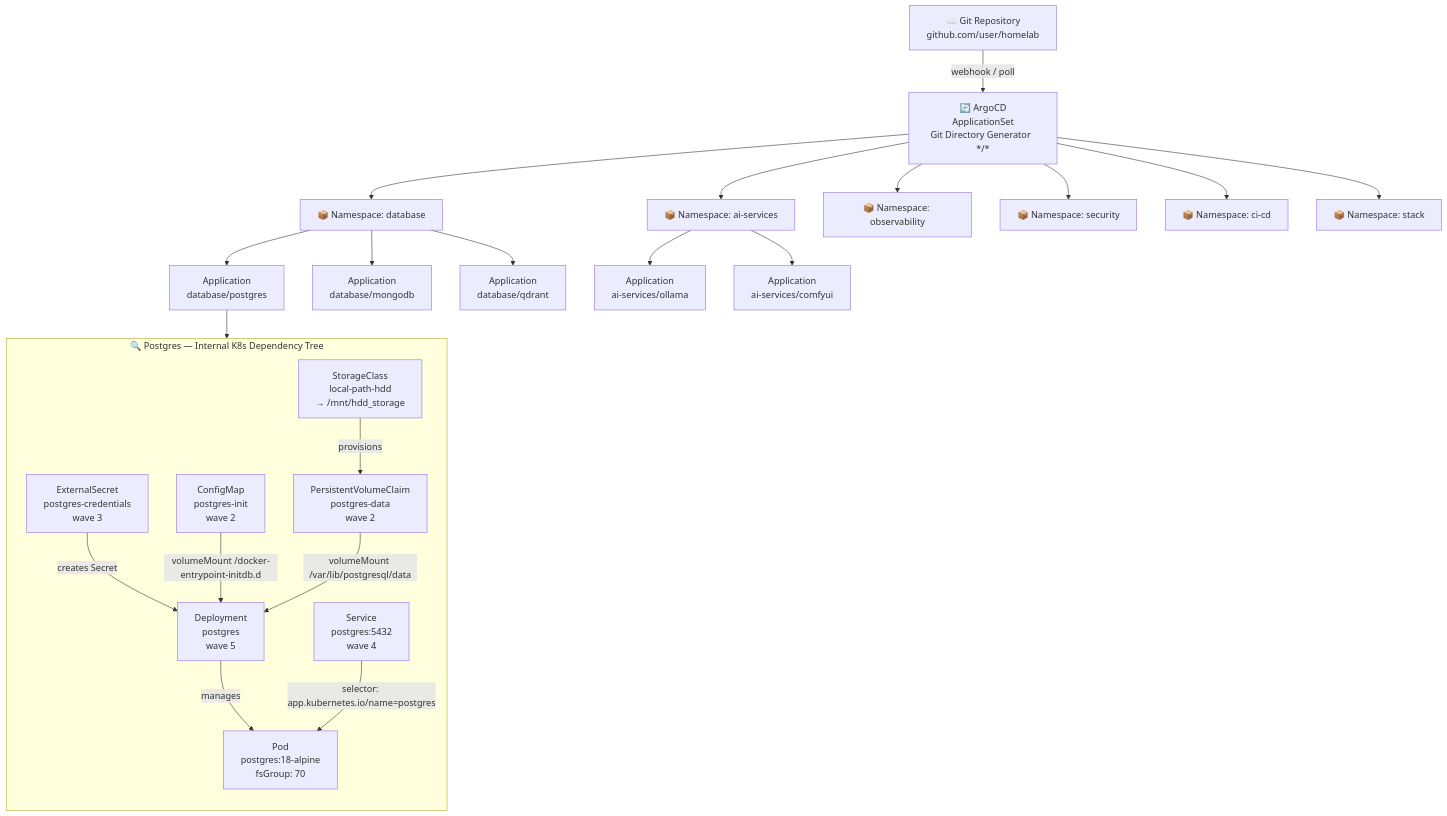
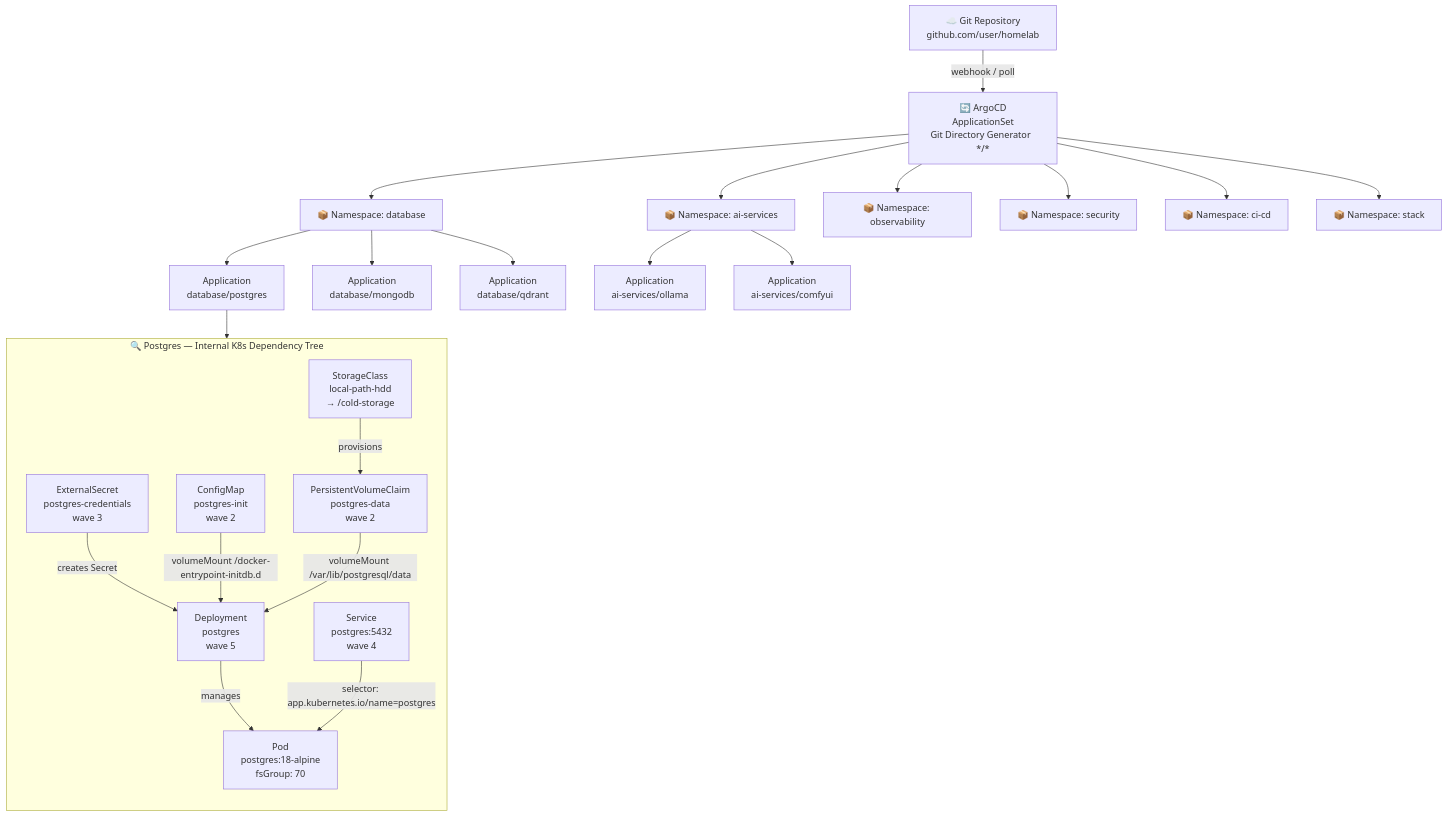
The second of 2 diagrams in ARCHITECTURE.md (GDavij/homelab-gitops-k8s-cluster), drawn with Mermaid before and after one commit. The commit also changed other lines of this file and 1 other file, not shown here.

Commit message:
vibe(#storage-path-review)

````diff
--- a/ARCHITECTURE.md
+++ b/ARCHITECTURE.md
@@ -222,41 +222,41 @@
 ```mermaid
 graph TD
     Git["☁️ Git Repository\ngithub.com/user/homelab"]
     ArgoCD["🔄 ArgoCD\nApplicationSet\nGit Directory Generator  */*"]
 
     Git -->|"webhook / poll"| ArgoCD
 
     ArgoCD --> NS_DB["📦 Namespace: database"]
     ArgoCD --> NS_AI["📦 Namespace: ai-services"]
     ArgoCD --> NS_OBS["📦 Namespace: observability"]
     ArgoCD --> NS_SEC["📦 Namespace: security"]
     ArgoCD --> NS_CICD["📦 Namespace: ci-cd"]
     ArgoCD --> NS_STACK["📦 Namespace: stack"]
 
     NS_DB --> App_PG["Application\ndatabase/postgres"]
     NS_DB --> App_MG["Application\ndatabase/mongodb"]
     NS_DB --> App_QD["Application\ndatabase/qdrant"]
 
     NS_AI --> App_OL["Application\nai-services/ollama"]
     NS_AI --> App_CUI["Application\nai-services/comfyui"]
 
     subgraph pg_tree["🔍 Postgres — Internal K8s Dependency Tree"]
         direction TB
         ES["ExternalSecret\npostgres-credentials\nwave 3"]
         CM["ConfigMap\npostgres-init\nwave 2"]
         PVC_PG["PersistentVolumeClaim\npostgres-data\nwave 2"]
-        SC_HDD_PG["StorageClass\nlocal-path-hdd\n→ /mnt/hdd_storage"]
+        SC_HDD_PG["StorageClass\nlocal-path-hdd\n→ /cold-storage"]
         DEP["Deployment\npostgres\nwave 5"]
         POD["Pod\npostgres:18-alpine\nfsGroup: 70"]
         SVC["Service\npostgres:5432\nwave 4"]
 
         ES -->|"creates Secret"| DEP
         CM -->|"volumeMount /docker-entrypoint-initdb.d"| DEP
         PVC_PG -->|"volumeMount /var/lib/postgresql/data"| DEP
         SC_HDD_PG -->|"provisions"| PVC_PG
         DEP -->|"manages"| POD
         SVC -->|"selector: app.kubernetes.io/name=postgres"| POD
     end
 
     App_PG --> pg_tree
 ```
````
